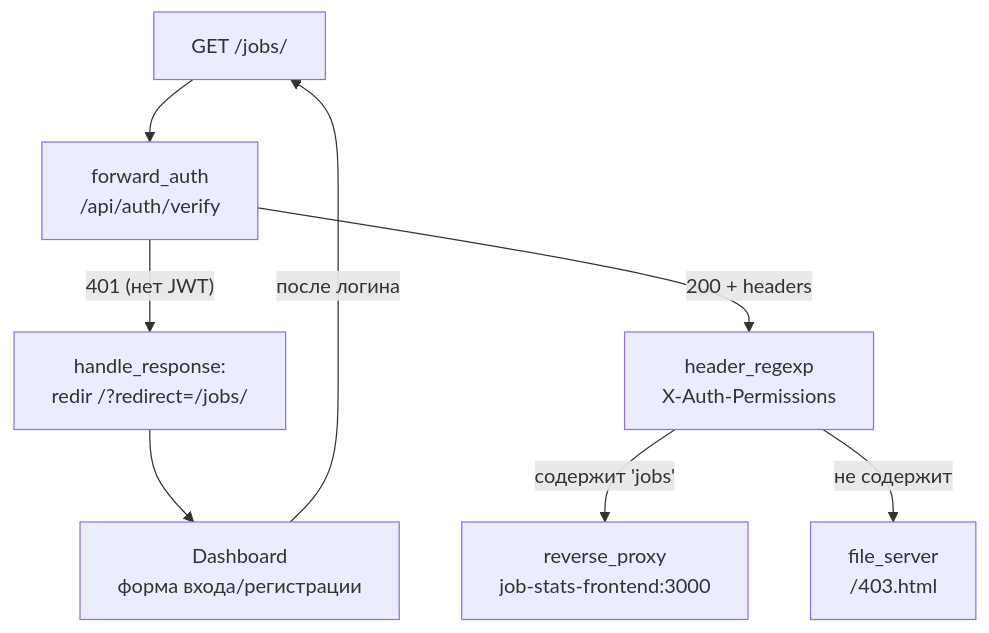
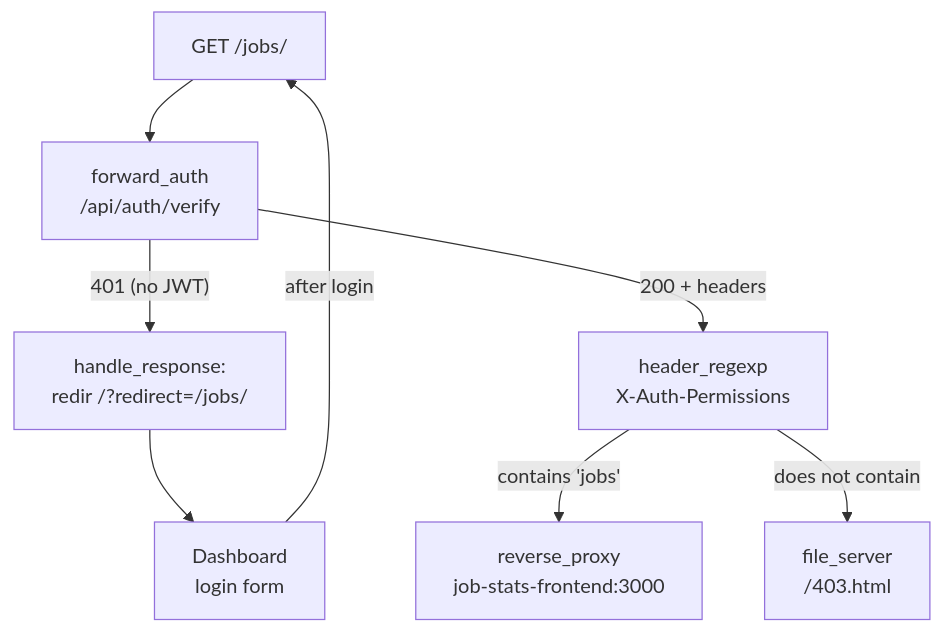
Before and after one commit to Finc8888/Dashboard: diagram 11 of 13 in ARCHITECTURE.md, drawn with Mermaid. The commit also changed other lines of this file and 4 other files, not shown here.

````diff
--- a/ARCHITECTURE.md
+++ b/ARCHITECTURE.md
@@ -683,13 +683,13 @@
 ```mermaid
 flowchart TB
     REQ["GET /jobs/"] --> FA["forward_auth<br/>/api/auth/verify"]
 
-    FA -->|"401 (нет JWT)"| REDIR["handle_response:<br/>redir /?redirect=/jobs/"]
+    FA -->|"401 (no JWT)"| REDIR["handle_response:<br/>redir /?redirect=/jobs/"]
     FA -->|"200 + headers"| CHECK["header_regexp<br/>X-Auth-Permissions"]
 
-    CHECK -->|"содержит 'jobs'"| PROXY["reverse_proxy<br/>job-stats-frontend:3000"]
-    CHECK -->|"не содержит"| DENY["file_server<br/>/403.html"]
+    CHECK -->|"contains 'jobs'"| PROXY["reverse_proxy<br/>job-stats-frontend:3000"]
+    CHECK -->|"does not contain"| DENY["file_server<br/>/403.html"]
 
-    REDIR --> DASH["Dashboard<br/>форма входа/регистрации"]
-    DASH -->|"после логина"| REQ
+    REDIR --> DASH["Dashboard<br/>login form"]
+    DASH -->|"after login"| REQ
 ```
````
